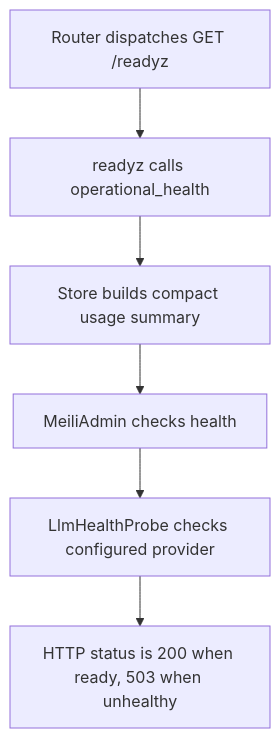
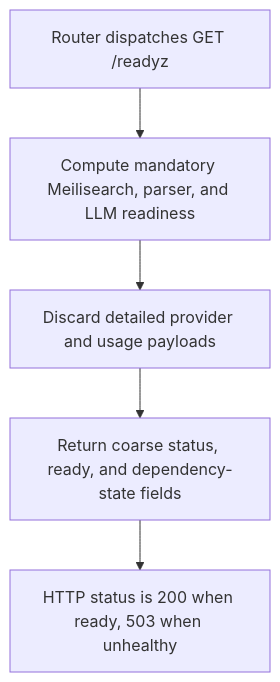
One commit to dickwu/nowledge changed the diagram in doc/api/get_readyz.md. Above: the diagram before and after it, drawn with Mermaid. The commit also changed other lines of this file and 46 other files, not shown here.

````diff
--- a/doc/api/get_readyz.md
+++ b/doc/api/get_readyz.md
@@ -40,14 +42,12 @@
 ```mermaid
 flowchart TD
   n0["Router dispatches GET /readyz"]
-  n1["readyz calls operational_health"]
-  n2["Store builds compact usage summary"]
-  n3["MeiliAdmin checks health"]
-  n4["LlmHealthProbe checks configured provider"]
-  n5["HTTP status is 200 when ready, 503 when unhealthy"]
+  n1["Compute mandatory Meilisearch, parser, and LLM readiness"]
+  n2["Discard detailed provider and usage payloads"]
+  n3["Return coarse status, ready, and dependency-state fields"]
+  n4["HTTP status is 200 when ready, 503 when unhealthy"]
   n0 --> n1
   n1 --> n2
   n2 --> n3
   n3 --> n4
-  n4 --> n5
 ```
````
